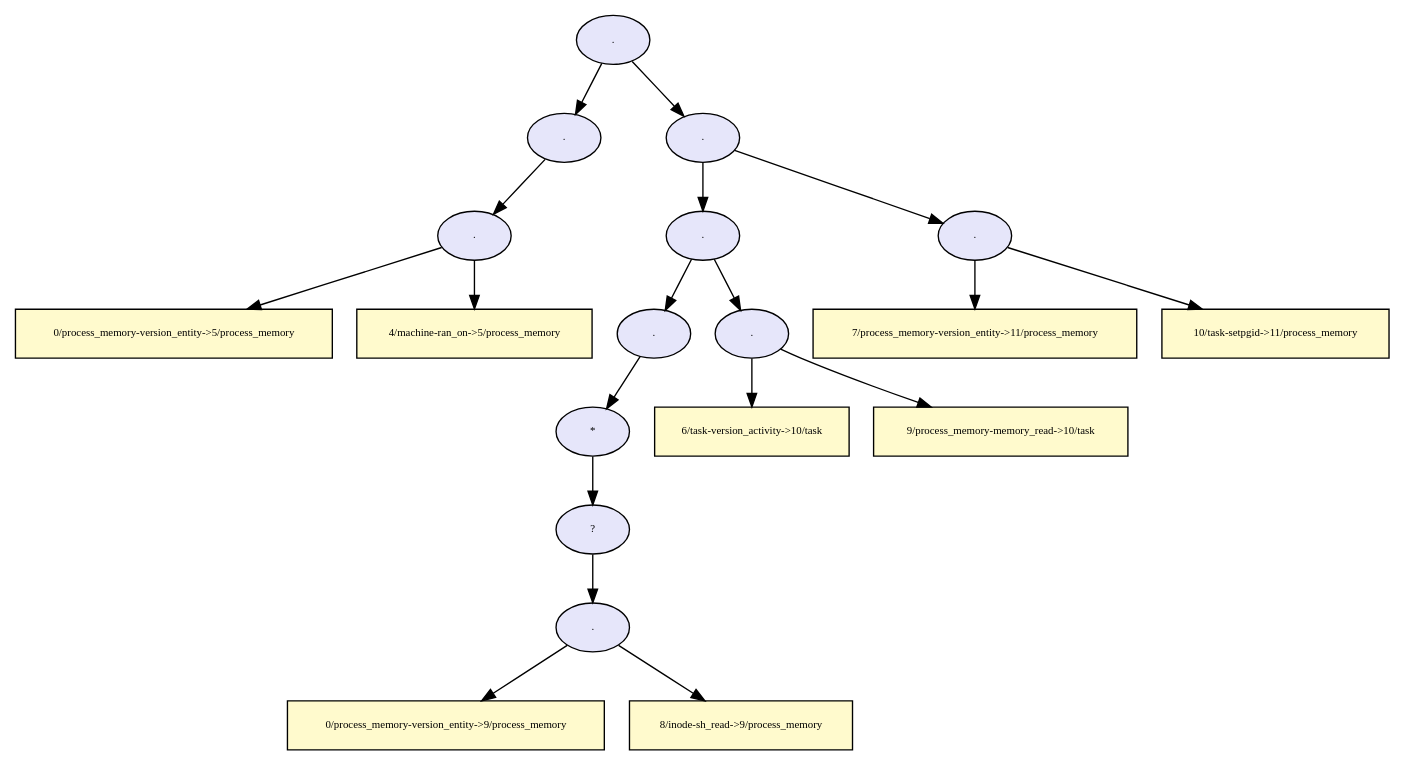
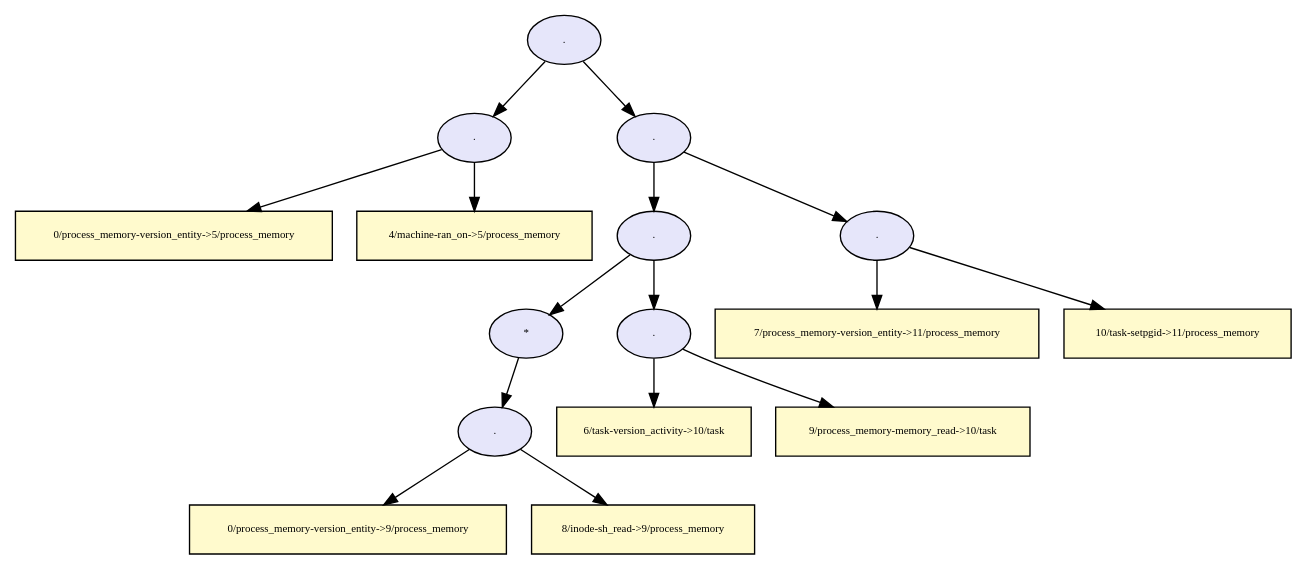
Before and after one commit to TinkerBellSystem/graph-matching: the diagram in dot/provenance_task_setpgid_tree.dot, drawn with Graphviz. The commit also changed 68 other files, not shown here.

```diff
--- a/dot/provenance_task_setpgid_tree.dot
+++ b/dot/provenance_task_setpgid_tree.dot
@@ -1,75 +1,63 @@
 digraph RGL__DirectedAdjacencyGraph {21[fontsize = 8,label = ".",shape = ellipse, fillcolor="#e6e6fa", style = filled]
 
-21 -> 6[fontsize = 8, color="#000000"]
-
-6[fontsize = 8,label = ".",shape = ellipse, fillcolor="#e6e6fa", style = filled]
-
-6 -> 5[fontsize = 8, color="#000000"]
+21 -> 5[fontsize = 8, color="#000000"]
 
 5[fontsize = 8,label = ".",shape = ellipse, fillcolor="#e6e6fa", style = filled]
 
 5 -> 3[fontsize = 8, color="#000000"]
 
 3[fontsize = 8,label = "0/process_memory-version_entity->5/process_memory",shape = rectangle, fillcolor="#fffacd", style = filled]
 
 5 -> 4[fontsize = 8, color="#000000"]
 
 4[fontsize = 8,label = "4/machine-ran_on->5/process_memory",shape = rectangle, fillcolor="#fffacd", style = filled]
 
 21 -> 20[fontsize = 8, color="#000000"]
 
 20[fontsize = 8,label = ".",shape = ellipse, fillcolor="#e6e6fa", style = filled]
 
 20 -> 16[fontsize = 8, color="#000000"]
 
 16[fontsize = 8,label = ".",shape = ellipse, fillcolor="#e6e6fa", style = filled]
 
-16 -> 12[fontsize = 8, color="#000000"]
-
-12[fontsize = 8,label = ".",shape = ellipse, fillcolor="#e6e6fa", style = filled]
-
-12 -> 11[fontsize = 8, color="#000000"]
+16 -> 11[fontsize = 8, color="#000000"]
 
 11[fontsize = 8,label = "*",shape = ellipse, fillcolor="#e6e6fa", style = filled]
 
-11 -> 10[fontsize = 8, color="#000000"]
-
-10[fontsize = 8,label = "?",shape = ellipse, fillcolor="#e6e6fa", style = filled]
-
-10 -> 9[fontsize = 8, color="#000000"]
+11 -> 9[fontsize = 8, color="#000000"]
 
 9[fontsize = 8,label = ".",shape = ellipse, fillcolor="#e6e6fa", style = filled]
 
 9 -> 7[fontsize = 8, color="#000000"]
 
 7[fontsize = 8,label = "0/process_memory-version_entity->9/process_memory",shape = rectangle, fillcolor="#fffacd", style = filled]
 
 9 -> 8[fontsize = 8, color="#000000"]
 
 8[fontsize = 8,label = "8/inode-sh_read->9/process_memory",shape = rectangle, fillcolor="#fffacd", style = filled]
 
 16 -> 15[fontsize = 8, color="#000000"]
 
 15[fontsize = 8,label = ".",shape = ellipse, fillcolor="#e6e6fa", style = filled]
 
 15 -> 13[fontsize = 8, color="#000000"]
 
 13[fontsize = 8,label = "6/task-version_activity->10/task",shape = rectangle, fillcolor="#fffacd", style = filled]
 
 15 -> 14[fontsize = 8, color="#000000"]
 
 14[fontsize = 8,label = "9/process_memory-memory_read->10/task",shape = rectangle, fillcolor="#fffacd", style = filled]
 
 20 -> 19[fontsize = 8, color="#000000"]
 
 19[fontsize = 8,label = ".",shape = ellipse, fillcolor="#e6e6fa", style = filled]
 
 19 -> 17[fontsize = 8, color="#000000"]
 
 17[fontsize = 8,label = "7/process_memory-version_entity->11/process_memory",shape = rectangle, fillcolor="#fffacd", style = filled]
 
 19 -> 18[fontsize = 8, color="#000000"]
 
 18[fontsize = 8,label = "10/task-setpgid->11/process_memory",shape = rectangle, fillcolor="#fffacd", style = filled]
 
 }
```
